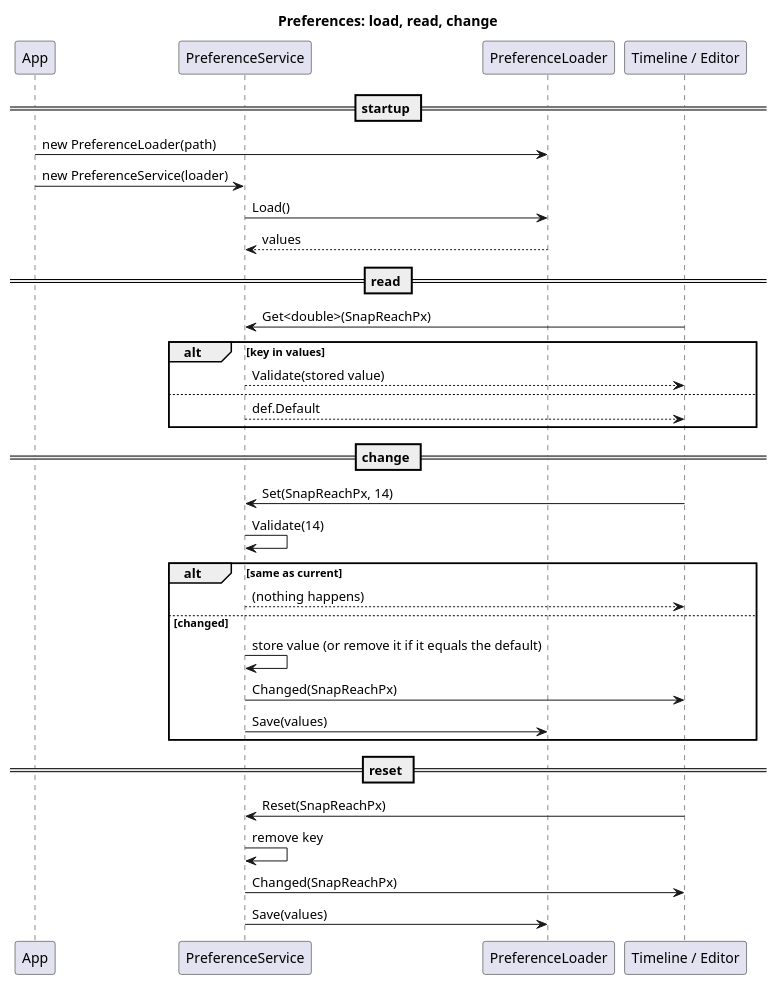
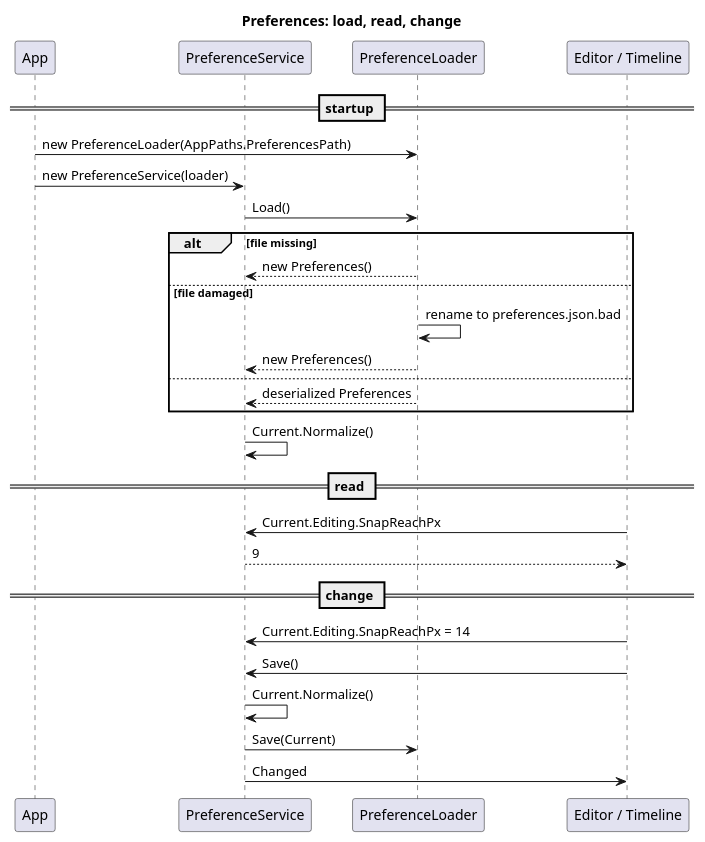
Before and after one commit to Die-Banane/Fig: the diagram in uml/persistence/preferences-sequence.puml, drawn with PlantUML. The commit also changed 12 other files, not shown here.

```diff
--- a/uml/persistence/preferences-sequence.puml
+++ b/uml/persistence/preferences-sequence.puml
@@ -1,39 +1,33 @@
 @startuml
 title Preferences: load, read, change
 
 participant App
 participant PreferenceService as Service
 participant PreferenceLoader as Loader
-participant "Timeline / Editor" as Caller
+participant "Editor / Timeline" as Caller
 
 == startup ==
-App -> Loader : new PreferenceLoader(path)
+App -> Loader : new PreferenceLoader(AppPaths.PreferencesPath)
 App -> Service : new PreferenceService(loader)
 Service -> Loader : Load()
-Loader --> Service : values
+alt file missing
+  Loader --> Service : new Preferences()
+else file damaged
+  Loader -> Loader : rename to preferences.json.bad
+  Loader --> Service : new Preferences()
+else
+  Loader --> Service : deserialized Preferences
+end
+Service -> Service : Current.Normalize()
 
 == read ==
-Caller -> Service : Get<double>(SnapReachPx)
-alt key in values
-  Service --> Caller : Validate(stored value)
-else
-  Service --> Caller : def.Default
-end
+Caller -> Service : Current.Editing.SnapReachPx
+Service --> Caller : 9
 
 == change ==
-Caller -> Service : Set(SnapReachPx, 14)
-Service -> Service : Validate(14)
-alt same as current
-  Service --> Caller : (nothing happens)
-else changed
-  Service -> Service : store value (or remove it if it equals the default)
-  Service -> Caller : Changed(SnapReachPx)
-  Service -> Loader : Save(values)
-end
-
-== reset ==
-Caller -> Service : Reset(SnapReachPx)
-Service -> Service : remove key
-Service -> Caller : Changed(SnapReachPx)
-Service -> Loader : Save(values)
+Caller -> Service : Current.Editing.SnapReachPx = 14
+Caller -> Service : Save()
+Service -> Service : Current.Normalize()
+Service -> Loader : Save(Current)
+Service -> Caller : Changed
 @enduml
```
